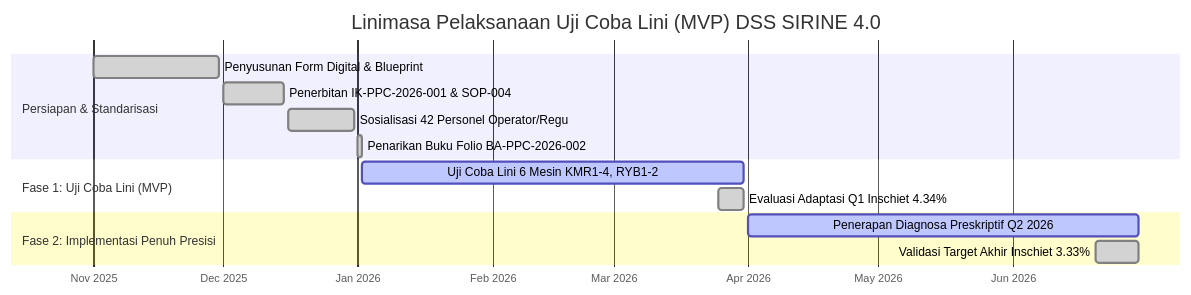
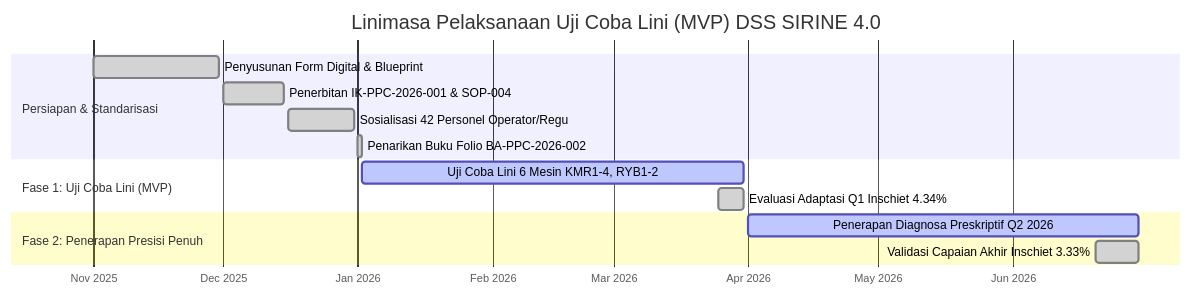
The fourth of 5 diagrams in makalah-iaka-2026/BAB4.md (ZulfikarHD/iaka-2026), drawn with Mermaid before and after one commit. The commit also changed other lines of this file and 8 other files, not shown here.

````diff
--- a/makalah-iaka-2026/BAB4.md
+++ b/makalah-iaka-2026/BAB4.md
@@ -244,17 +229,17 @@
 ```mermaid
 gantt
     title Linimasa Pelaksanaan Uji Coba Lini (MVP) DSS SIRINE 4.0
     dateFormat  YYYY-MM-DD
     axisFormat  %b %Y
     section Persiapan & Standarisasi
     Penyusunan Form Digital & Blueprint       :done, p1, 2025-11-01, 2025-11-30
     Penerbitan IK-PPC-2026-001 & SOP-004      :done, p2, 2025-12-01, 2025-12-15
     Sosialisasi 42 Personel Operator/Regu     :done, p3, 2025-12-16, 2025-12-31
     Penarikan Buku Folio BA-PPC-2026-002      :done, p4, 2026-01-01, 2026-01-02
     section Fase 1: Uji Coba Lini (MVP)
     Uji Coba Lini 6 Mesin KMR1-4, RYB1-2      :active, m1, 2026-01-02, 2026-03-31
     Evaluasi Adaptasi Q1 Inschiet 4.34%       :done, m2, 2026-03-25, 2026-03-31
-    section Fase 2: Implementasi Penuh Presisi
+    section Fase 2: Penerapan Presisi Penuh
     Penerapan Diagnosa Preskriptif Q2 2026    :active, f1, 2026-04-01, 2026-06-30
-    Validasi Target Akhir Inschiet 3.33%      :done, f2, 2026-06-20, 2026-06-30
+    Validasi Capaian Akhir Inschiet 3.33%     :done, f2, 2026-06-20, 2026-06-30
 ```
````
